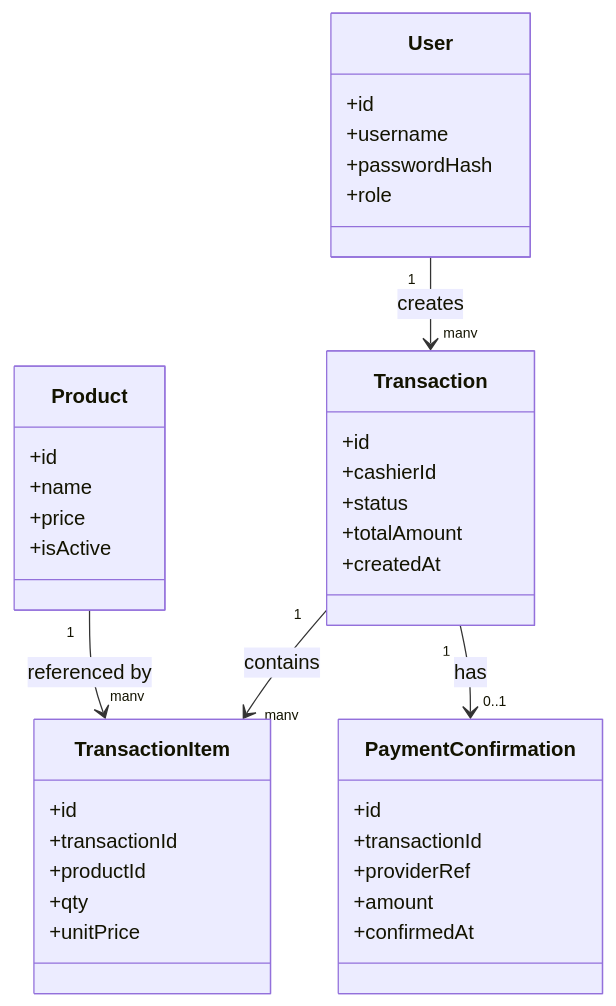
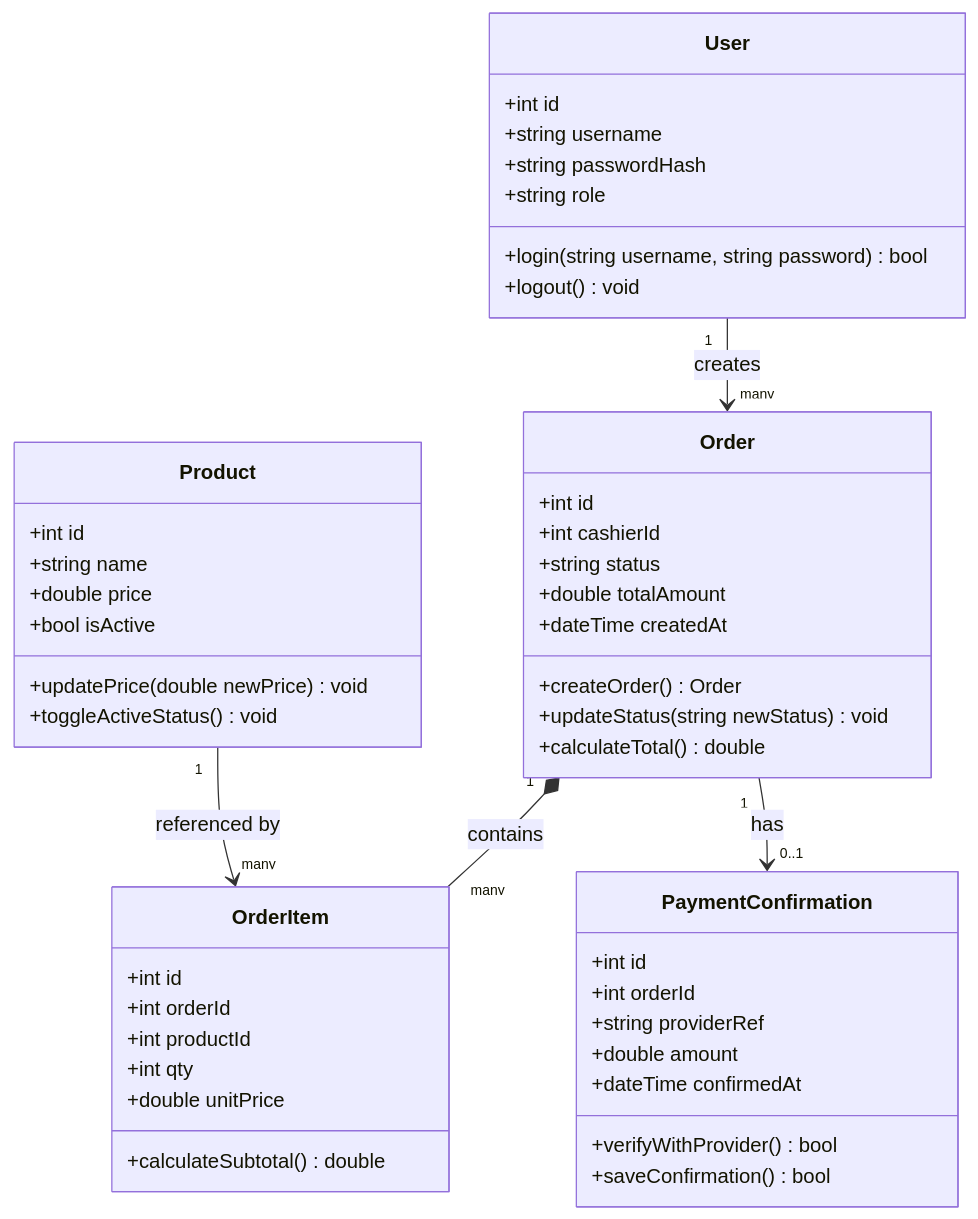
One commit to sothyvan/TOUB_POS changed the fourth of 5 diagrams in context/software-engineering.md. Above: the diagram before and after it, drawn with Mermaid. The commit also changed other lines of this file and 4 other files, not shown here.

````diff
--- a/context/software-engineering.md
+++ b/context/software-engineering.md
@@ -218,45 +252,56 @@
 ```mermaid
 classDiagram
   class User {
-    +id
-    +username
-    +passwordHash
-    +role
+    +int id
+    +string username
+    +string passwordHash
+    +string role
+    +login(string username, string password) bool
+    +logout() void
   }
 
-  class Transaction {
-    +id
-    +cashierId
-    +status
-    +totalAmount
-    +createdAt
+  class Order {
+    +int id
+    +int cashierId
+    +string status
+    +double totalAmount
+    +dateTime createdAt
+    +createOrder() Order
+    +updateStatus(string newStatus) void
+    +calculateTotal() double
   }
 
-  class TransactionItem {
-    +id
-    +transactionId
-    +productId
-    +qty
-    +unitPrice
+  class OrderItem {
+    +int id
+    +int orderId
+    +int productId
+    +int qty
+    +double unitPrice
+    +calculateSubtotal() double
   }
 
   class Product {
-    +id
-    +name
-    +price
-    +isActive
+    +int id
+    +string name
+    +double price
+    +bool isActive
+    +updatePrice(double newPrice) void
+    +toggleActiveStatus() void
   }
 
   class PaymentConfirmation {
-    +id
-    +transactionId
-    +providerRef
-    +amount
-    +confirmedAt
+    +int id
+    +int orderId
+    +string providerRef
+    +double amount
+    +dateTime confirmedAt
+    +verifyWithProvider() bool
+    +saveConfirmation() bool
   }
 
-  User "1" --> "many" Transaction : creates
-  Transaction "1" --> "many" TransactionItem : contains
-  Product "1" --> "many" TransactionItem : referenced by
-  Transaction "1" --> "0..1" PaymentConfirmation : has
+  %% Relationships representing data flow and structural dependencies
+  User "1" --> "many" Order : creates
+  Order "1" *-- "many" OrderItem : contains
+  Product "1" --> "many" OrderItem : referenced by
+  Order "1" --> "0..1" PaymentConfirmation : has
 ```
````
